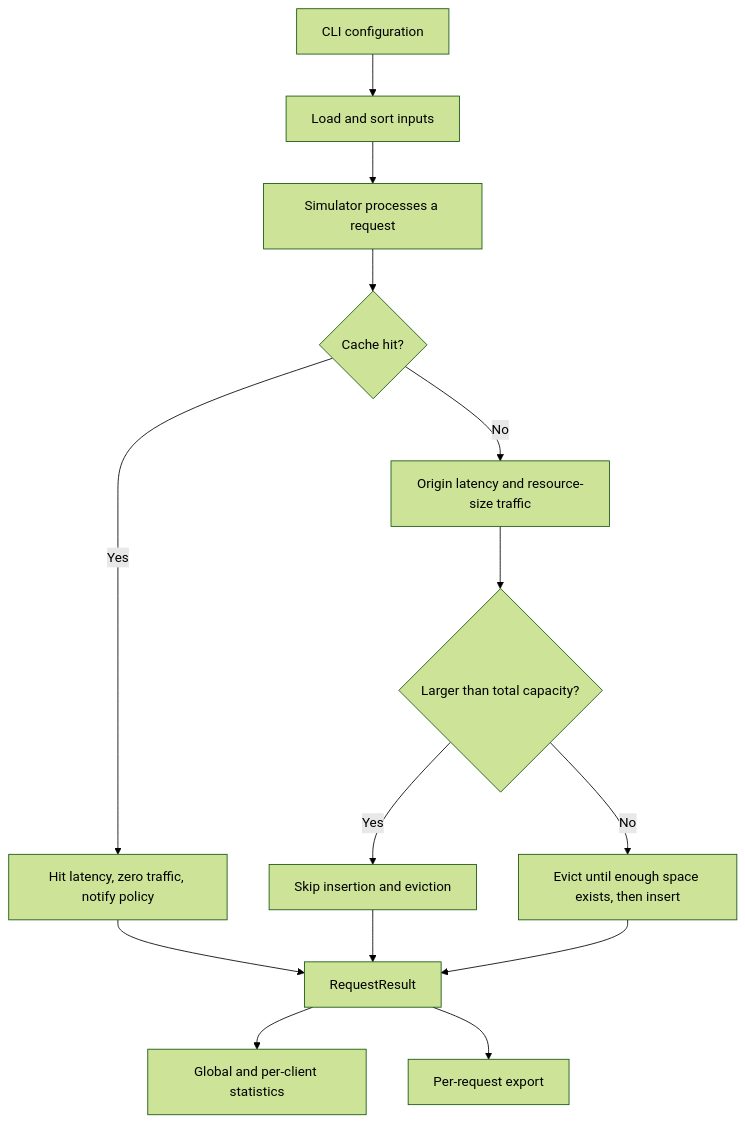
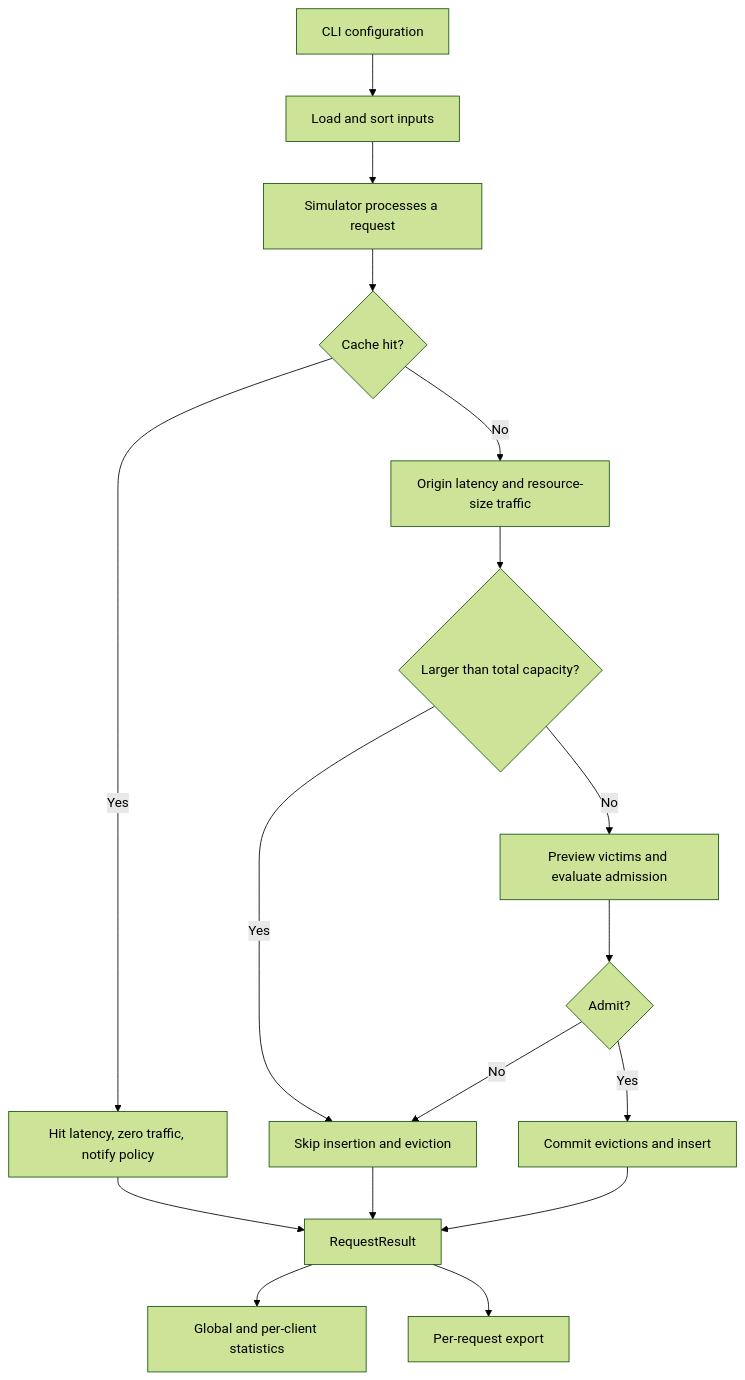
Before and after one commit to ZB-YF/shared-web-cache-simulator: the diagram in docs/INTERFACES.md, drawn with Mermaid (forest theme). The commit also changed other lines of this file and 41 other files, not shown here.

````diff
--- a/docs/INTERFACES.md
+++ b/docs/INTERFACES.md
@@ -7,16 +7,19 @@
 ```mermaid
 flowchart TD
     A[CLI configuration] --> B[Load and sort inputs]
     B --> C[Simulator processes a request]
     C --> D{Cache hit?}
     D -->|Yes| E[Hit latency, zero traffic, notify policy]
     D -->|No| F[Origin latency and resource-size traffic]
     F --> G{Larger than total capacity?}
     G -->|Yes| H[Skip insertion and eviction]
-    G -->|No| I[Evict until enough space exists, then insert]
+    G -->|No| I[Preview victims and evaluate admission]
     E --> J[RequestResult]
     H --> J
-    I --> J
+    I --> M{Admit?}
+    M -->|Yes| N[Commit evictions and insert]
+    M -->|No| H
+    N --> J
     J --> K[Global and per-client statistics]
     J --> L[Per-request export]
 ```
````
